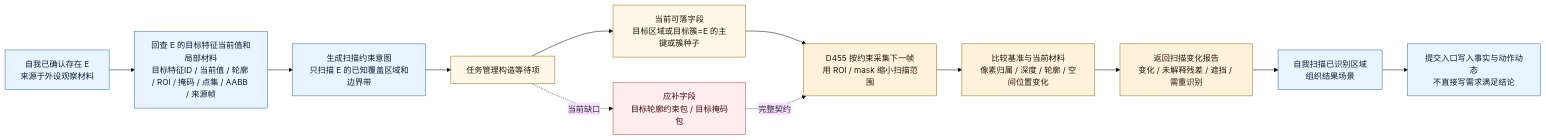
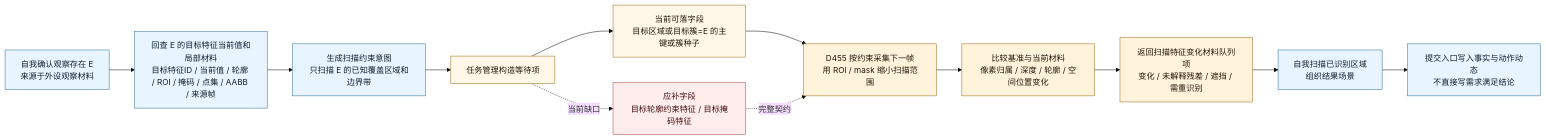
Before and after one commit to chunhaizh-cyber/Birthplace-of-digital-civilization: the third of 3 diagrams in 流程图/20260606_自我外设交互流程图_v0.1.md, drawn with Mermaid (base theme). The commit also changed other lines of this file and 7 other files, not shown here.

Commit message:
修订外设流程图正式承接口径

````diff
--- a/流程图/20260606_自我外设交互流程图_v0.1.md
+++ b/流程图/20260606_自我外设交互流程图_v0.1.md
@@ -196,31 +196,31 @@
 ```mermaid
 flowchart LR
-    A["自我已确认存在 E<br/>来源于外设观察材料"]
+    A["自我确认观察存在 E<br/>来源于外设观察材料"]
     B["回查 E 的目标特征当前值和局部材料<br/>目标特征ID / 当前值 / 轮廓 / ROI / 掩码 / 点集 / AABB / 来源帧"]
     C["生成扫描约束意图<br/>只扫描 E 的已知覆盖区域和边界带"]
     D["任务管理构造等待项"]
     E["当前可落字段<br/>目标区域或目标簇=E 的主键或簇种子"]
-    F["应补字段<br/>目标轮廓约束包 / 目标掩码包"]
+    F["应补字段<br/>目标轮廓约束特征 / 目标掩码特征"]
     G["D455 按约束采集下一帧<br/>用 ROI / mask 缩小扫描范围"]
     H["比较基准与当前材料<br/>像素归属 / 深度 / 轮廓 / 空间位置变化"]
-    I["返回扫描变化报告<br/>变化 / 未解释残差 / 遮挡 / 需重识别"]
+    I["返回扫描特征变化材料队列项<br/>变化 / 未解释残差 / 遮挡 / 需重识别"]
     J["自我扫描已识别区域<br/>组织结果场景"]
     K["提交入口写入事实与动作动态<br/>不直接写需求满足结论"]
 
     A --> B --> C --> D --> E
     D -.当前缺口.-> F
     E --> G
     F -.完整契约.-> G
     G --> H --> I --> J --> K
 
     classDef self fill:#e8f4ff,stroke:#2f6f9f,color:#102030;
     classDef task fill:#fff8e8,stroke:#9a6a1a,color:#24160a;
     classDef d455 fill:#fff3dc,stroke:#a0671e,color:#24160a;
     classDef back fill:#eef7ed,stroke:#3f7f4f,color:#102010;
     classDef gap fill:#ffecec,stroke:#b84a4a,color:#401111;
 
     class A,B,C,J,K self;
     class D,E,F task;
     class G,H,I d455;
     class F gap;
 ```
````
